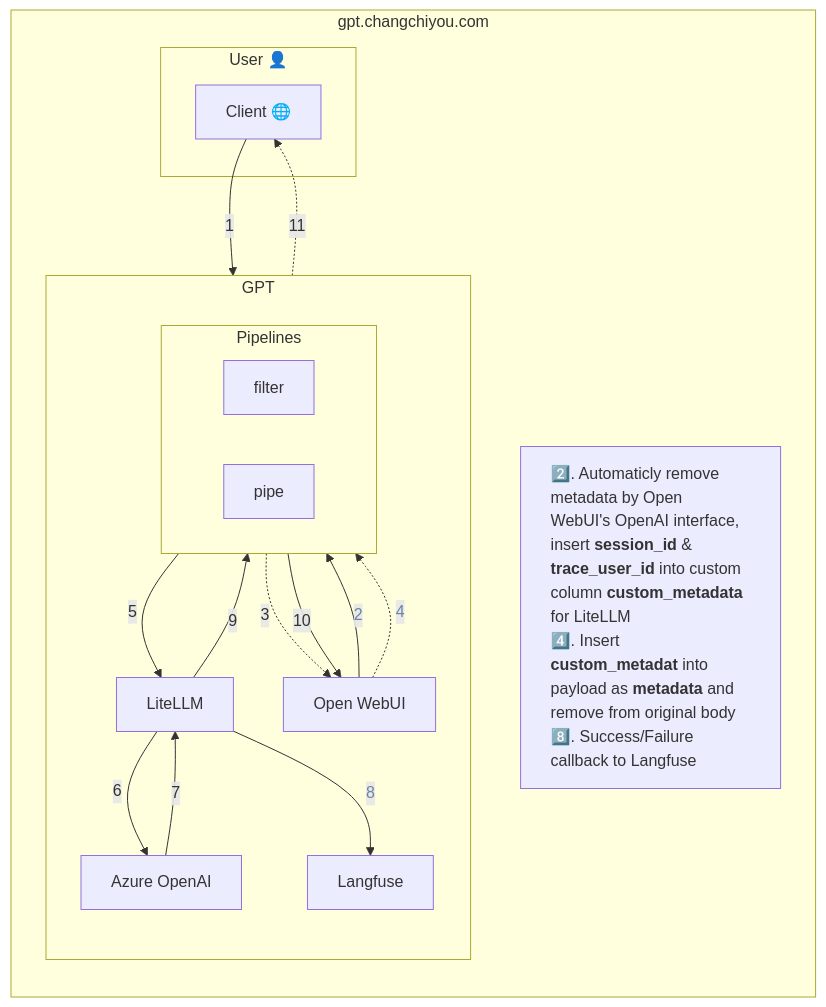
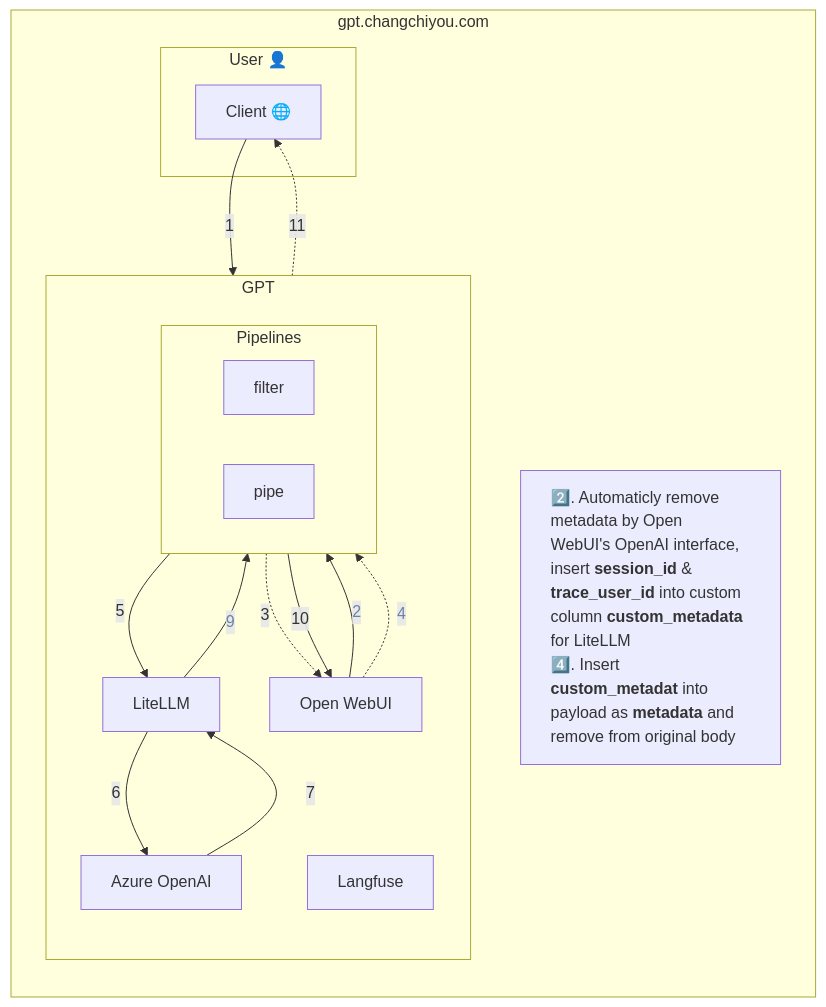
Before and after one commit to changchiyou/Docker: the second of 2 diagrams in openwebui/README.md, drawn with Mermaid. The commit also changed other lines of this file, not shown here.

````diff
--- a/openwebui/README.md
+++ b/openwebui/README.md
@@ -105,42 +57,40 @@
 ```mermaid
 graph TB
     subgraph gpt.changchiyou.com
         direction TB
         subgraph "User 👤"
             Client[Client 🌐]
         end
         note["`2️⃣. Automaticly remove metadata by Open WebUI's OpenAI interface, insert **session_id** & **trace_user_id** into custom column **custom_metadata** for LiteLLM
-            4️⃣. Insert **custom_metadat** into payload as **metadata** and remove from original body
-            8️⃣. Success/Failure callback to Langfuse`"]
+            4️⃣. Insert **custom_metadat** into payload as **metadata** and remove from original body`"]
         subgraph GPT
             direction TB
             OW[Open WebUI]
             AO[Azure OpenAI]
             Langfuse
             LiteLLM
             subgraph Pipelines
                 direction LR
                 filter
                 pipe
             end
         end
     end
 
     Client -->|1| OW
     OW -->|2| filter
     filter -.->|3| OW
     OW -.->|4| pipe
     pipe -->|5| LiteLLM
     LiteLLM -->|6| AO
     AO -->|7| LiteLLM
-    LiteLLM -->|8| Langfuse
     LiteLLM -->|9| pipe
     pipe -->|10| OW
     OW -.->|11| Client
 
     linkStyle 1 color:#6a83a8
     linkStyle 3 color:#6a83a8
     linkStyle 7 color:#6a83a8
 
     style note text-align: left
 ```
````
